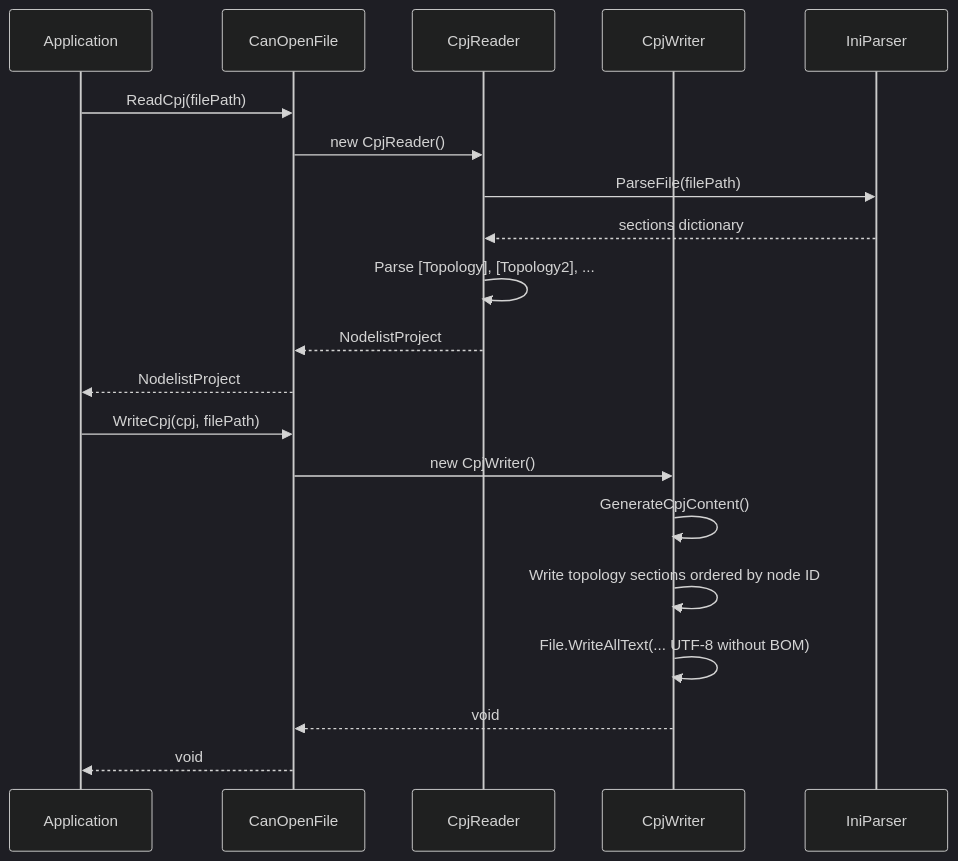
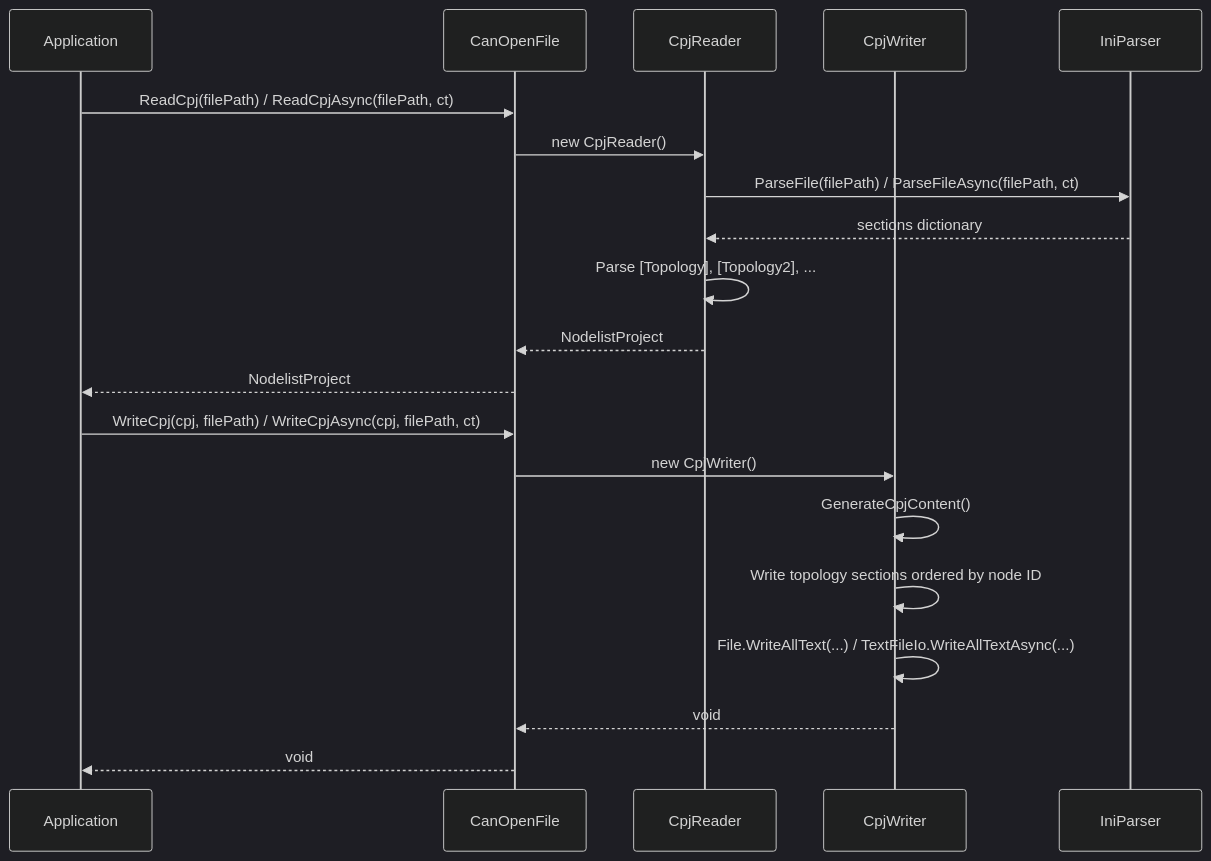
Before and after one commit to dborgards/eds-dcf-net: the fifth of 8 diagrams in docs/architecture/06-runtime-view.md, drawn with Mermaid (dark theme). The commit also changed other lines of this file and 27 other files, not shown here.

First line of the commit message:
feat(io): add async read/write APIs for CANopen files (#94)

````diff
--- a/docs/architecture/06-runtime-view.md
+++ b/docs/architecture/06-runtime-view.md
@@ -99,24 +103,24 @@
 ```mermaid
 sequenceDiagram
     participant App as Application
     participant CF as CanOpenFile
     participant CR as CpjReader
     participant CW as CpjWriter
     participant IP as IniParser
 
-    App->>CF: ReadCpj(filePath)
+    App->>CF: ReadCpj(filePath) / ReadCpjAsync(filePath, ct)
     CF->>CR: new CpjReader()
-    CR->>IP: ParseFile(filePath)
+    CR->>IP: ParseFile(filePath) / ParseFileAsync(filePath, ct)
     IP-->>CR: sections dictionary
     CR->>CR: Parse [Topology], [Topology2], ...
     CR-->>CF: NodelistProject
     CF-->>App: NodelistProject
 
-    App->>CF: WriteCpj(cpj, filePath)
+    App->>CF: WriteCpj(cpj, filePath) / WriteCpjAsync(cpj, filePath, ct)
     CF->>CW: new CpjWriter()
     CW->>CW: GenerateCpjContent()
     CW->>CW: Write topology sections ordered by node ID
-    CW->>CW: File.WriteAllText(... UTF-8 without BOM)
+    CW->>CW: File.WriteAllText(...) / TextFileIo.WriteAllTextAsync(...)
     CW-->>CF: void
     CF-->>App: void
 ```
````
